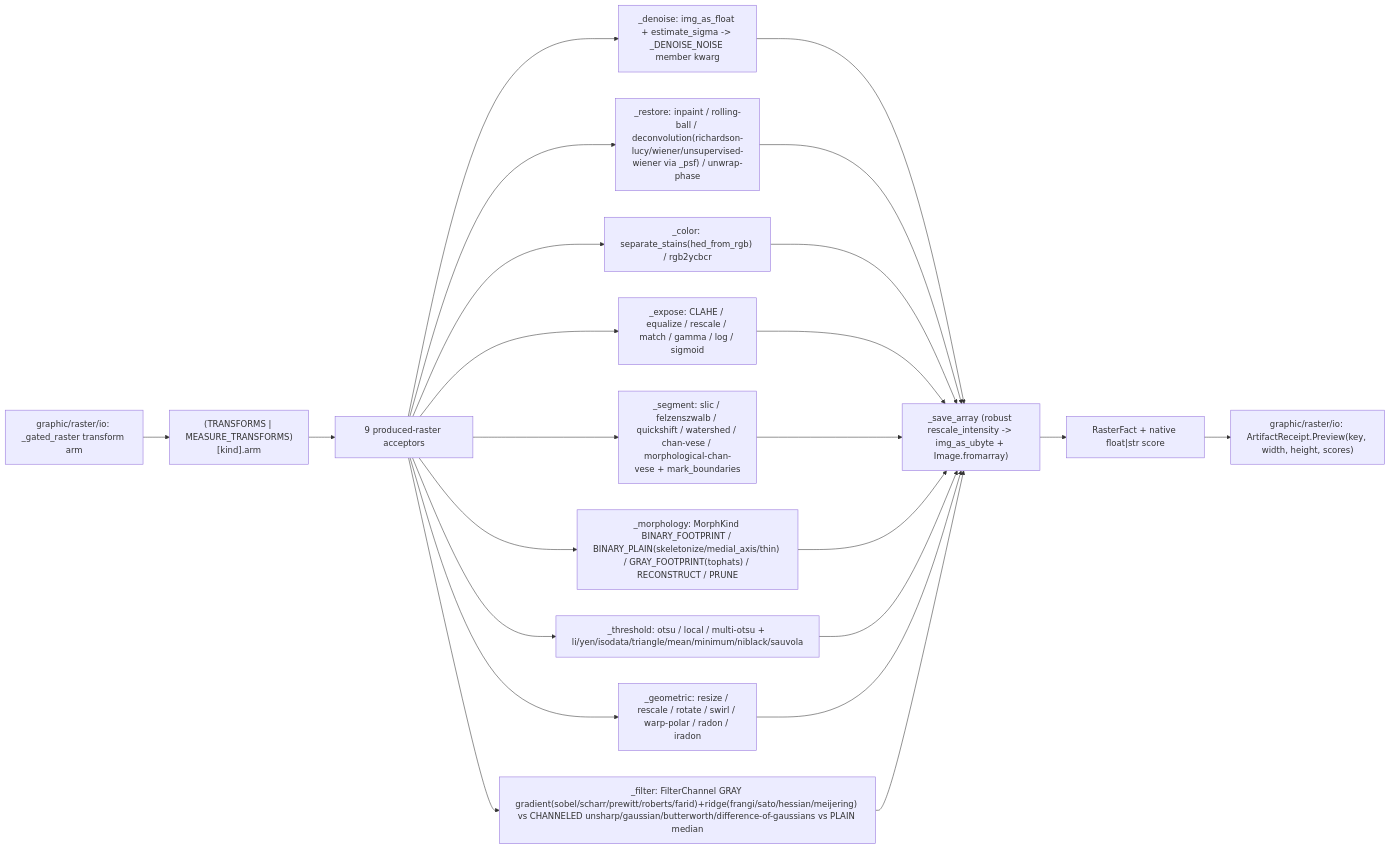
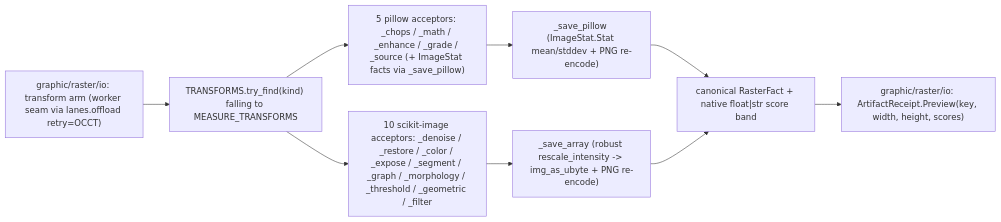
Before and after one commit to bsamiee/Rasm: the diagram in libs/python/artifacts/.planning/graphic/raster/process.md, drawn with Mermaid. The commit also changed other lines of this file and 315 other files, not shown here.

````diff
--- a/libs/python/artifacts/.planning/graphic/raster/process.md
+++ b/libs/python/artifacts/.planning/graphic/raster/process.md
@@ -447,25 +696,11 @@
 ```mermaid
 flowchart LR
-    Tx["graphic/raster/io: _gated_raster transform arm"] --> Table["(TRANSFORMS | MEASURE_TRANSFORMS)[kind].arm"]
-    Table --> Acc["9 produced-raster acceptors"]
-    Acc --> Den["_denoise: img_as_float + estimate_sigma -> _DENOISE_NOISE member kwarg"]
-    Acc --> Res["_restore: inpaint / rolling-ball / deconvolution(richardson-lucy/wiener/unsupervised-wiener via _psf) / unwrap-phase"]
-    Acc --> Col["_color: separate_stains(hed_from_rgb) / rgb2ycbcr"]
-    Acc --> Exp["_expose: CLAHE / equalize / rescale / match / gamma / log / sigmoid"]
-    Acc --> Seg["_segment: slic / felzenszwalb / quickshift / watershed / chan-vese / morphological-chan-vese + mark_boundaries"]
-    Acc --> Mor["_morphology: MorphKind BINARY_FOOTPRINT / BINARY_PLAIN(skeletonize/medial_axis/thin) / GRAY_FOOTPRINT(tophats) / RECONSTRUCT / PRUNE"]
-    Acc --> Thr["_threshold: otsu / local / multi-otsu + li/yen/isodata/triangle/mean/minimum/niblack/sauvola"]
-    Acc --> Geo["_geometric: resize / rescale / rotate / swirl / warp-polar / radon / iradon"]
-    Acc --> Fil["_filter: FilterChannel GRAY gradient(sobel/scharr/prewitt/roberts/farid)+ridge(frangi/sato/hessian/meijering) vs CHANNELED unsharp/gaussian/butterworth/difference-of-gaussians vs PLAIN median"]
-    Den --> Save["_save_array (robust rescale_intensity -> img_as_ubyte + Image.fromarray)"]
-    Res --> Save
-    Col --> Save
-    Exp --> Save
-    Seg --> Save
-    Mor --> Save
-    Thr --> Save
-    Geo --> Save
-    Fil --> Save
-    Save --> Fact["RasterFact + native float|str score"]
+    Tx["graphic/raster/io: transform arm (worker seam via lanes.offload retry=OCCT)"] --> Table["TRANSFORMS.try_find(kind) falling to MEASURE_TRANSFORMS"]
+    Table --> Pil["5 pillow acceptors: _chops / _math / _enhance / _grade / _source (+ ImageStat facts via _save_pillow)"]
+    Table --> Ski["10 scikit-image acceptors: _denoise / _restore / _color / _expose / _segment / _graph / _morphology / _threshold / _geometric / _filter"]
+    Pil --> SaveP["_save_pillow (ImageStat.Stat mean/stddev + PNG re-encode)"]
+    Ski --> SaveA["_save_array (robust rescale_intensity -> img_as_ubyte + PNG re-encode)"]
+    SaveP --> Fact["canonical RasterFact + native float|str score band"]
+    SaveA --> Fact
     Fact --> Receipt["graphic/raster/io: ArtifactReceipt.Preview(key, width, height, scores)"]
 ```
````
